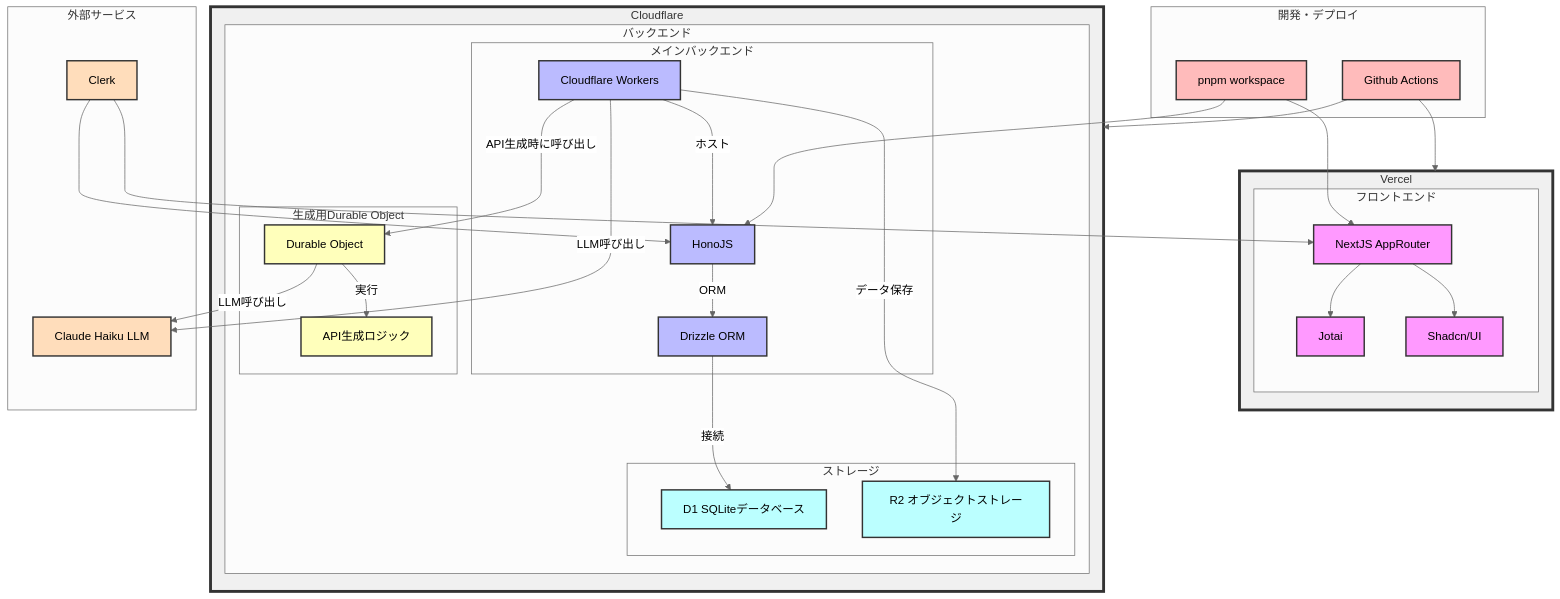
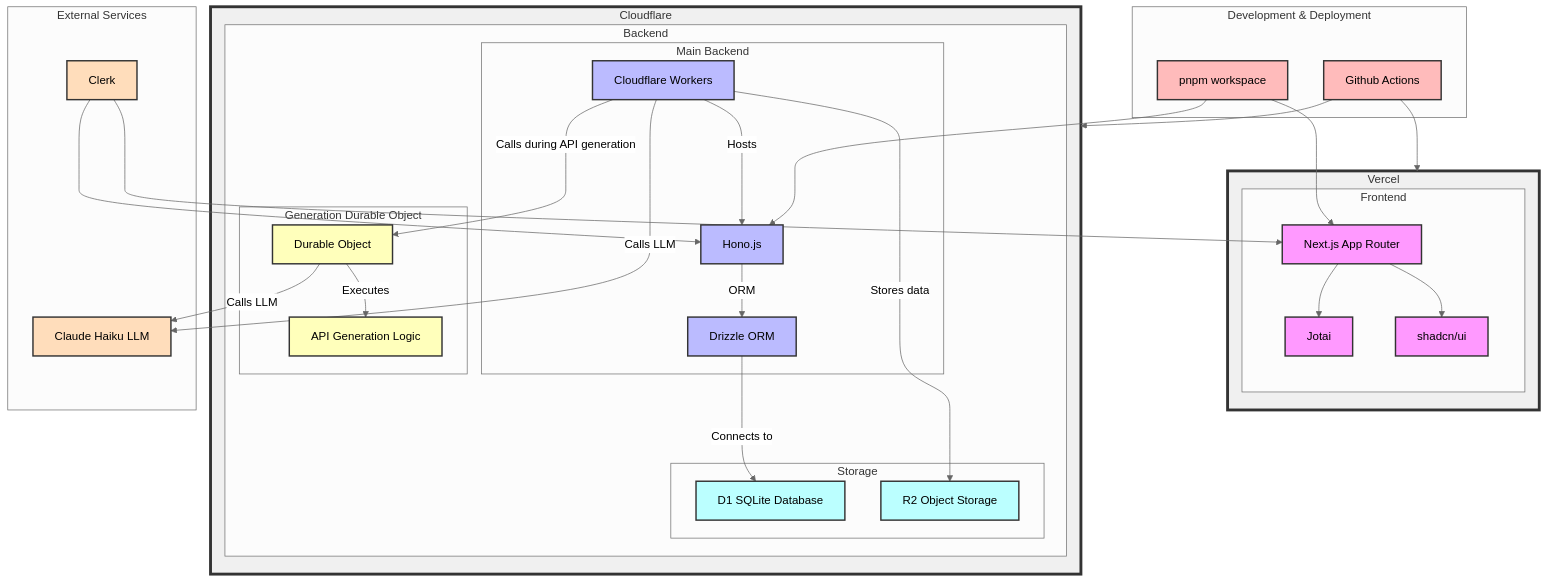
Before and after one commit to hanabi-rest/hono-conference: the first of 5 diagrams in slides.md, drawn with Mermaid (neutral theme). The commit also changed other lines of this file, not shown here.

Commit message:
fix: mermaid in eng

````diff
--- a/slides.md
+++ b/slides.md
@@ -82,73 +82,73 @@
 ```mermaid
 graph TD
     subgraph "Vercel"
-        subgraph "フロントエンド"
-            A[NextJS AppRouter]
+        subgraph "Frontend"
+            A[Next.js App Router]
             B[Jotai]
-            C[Shadcn/UI]
+            C[shadcn/ui]
         end
     end
 
     subgraph "Cloudflare"
-        subgraph "バックエンド"
-            subgraph "メインバックエンド"
-                E[HonoJS]
+        subgraph "Backend"
+            subgraph "Main Backend"
+                E[Hono.js]
                 G[Cloudflare Workers]
                 F[Drizzle ORM]
             end
 
-            subgraph "生成用Durable Object"
+            subgraph "Generation Durable Object"
                 J[Durable Object]
-                O[API生成ロジック]
+                O[API Generation Logic]
             end
 
-            subgraph "ストレージ"
-                H[D1 SQLiteデータベース]
-                I[R2 オブジェクトストレージ]
+            subgraph "Storage"
+                H[D1 SQLite Database]
+                I[R2 Object Storage]
             end
         end
     end
 
-    subgraph "外部サービス"
+    subgraph "External Services"
         N[Claude Haiku LLM]
         K[Clerk]
     end
 
-    subgraph "開発・デプロイ"
+    subgraph "Development & Deployment"
         L[pnpm workspace]
         M[Github Actions]
     end
 
     A --> B
     A --> C
-    G -->|ホスト| E
+    G -->|Hosts| E
     E -->|ORM| F
-    F -->|接続| H
-    G -->|API生成時に呼び出し| J
-    J -->|実行| O
-    G -->|データ保存| I
-    G -->|LLM呼び出し| N
-    J -->|LLM呼び出し| N
+    F -->|Connects to| H
+    G -->|Calls during API generation| J
+    J -->|Executes| O
+    G -->|Stores data| I
+    G -->|Calls LLM| N
+    J -->|Calls LLM| N
     K --> A
     K --> E
     L --> A
     L --> E
     M --> Vercel
     M --> Cloudflare
 
     classDef environment fill:#f0f0f0,stroke:#333,stroke-width:4px;
     classDef frontend fill:#f9f,stroke:#333,stroke-width:2px;
     classDef backend fill:#bbf,stroke:#333,stroke-width:2px;
     classDef durable fill:#ffb,stroke:#333,stroke-width:2px;
     classDef storage fill:#bff,stroke:#333,stroke-width:2px;
     classDef external fill:#fdb,stroke:#333,stroke-width:2px;
     classDef devops fill:#fbb,stroke:#333,stroke-width:2px;
 
     class Vercel,Cloudflare environment;
     class A,B,C frontend;
     class E,F,G backend;
     class J,O durable;
     class H,I storage;
     class N,K external;
     class L,M devops;
 ```
````
